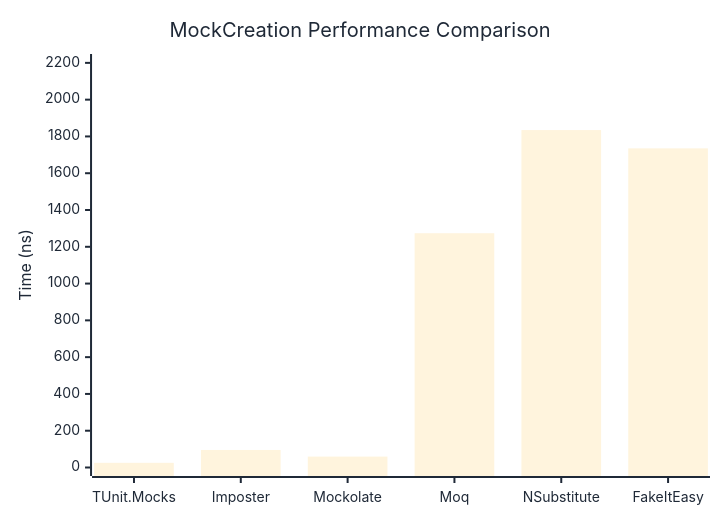
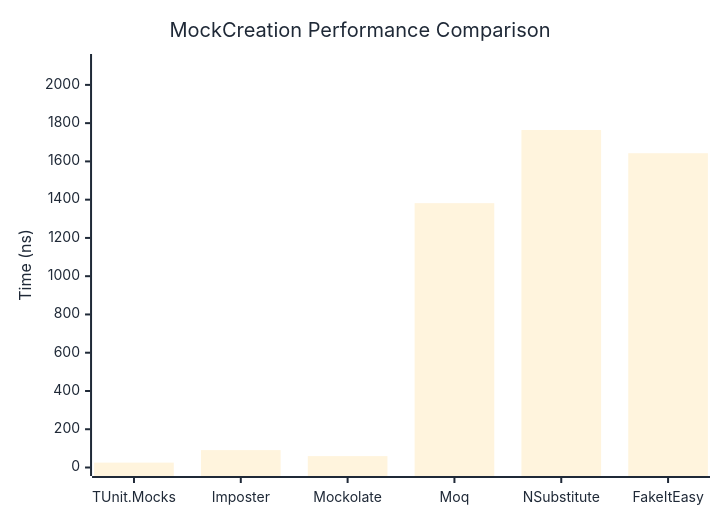
One commit to thomhurst/TUnit changed the first of 2 diagrams in docs/docs/benchmarks/mocks/MockCreation.md. Above: the diagram before and after it, drawn with Mermaid. The commit also changed other lines of this file and 14 other files, not shown here.

````diff
--- a/docs/docs/benchmarks/mocks/MockCreation.md
+++ b/docs/docs/benchmarks/mocks/MockCreation.md
@@ -28,27 +28,27 @@
 ```mermaid
 %%{init: {
   'theme':'base',
   'themeVariables': {
     'primaryColor': '#2563eb',
     'primaryTextColor': '#1f2937',
     'primaryBorderColor': '#1e40af',
     'lineColor': '#6b7280',
     'secondaryColor': '#7c3aed',
     'tertiaryColor': '#dc2626',
     'background': '#ffffff',
     'pie1': '#2563eb',
     'pie2': '#7c3aed',
     'pie3': '#dc2626',
     'pie4': '#f59e0b',
     'pie5': '#10b981',
     'pie6': '#06b6d4',
     'pie7': '#ec4899',
     'pie8': '#6366f1'
   }
 }}%%
 xychart-beta
   title "MockCreation Performance Comparison"
   x-axis ["TUnit.Mocks", "Imposter", "Mockolate", "Moq", "NSubstitute", "FakeItEasy"]
-  y-axis "Time (ns)" 0 --> 2202
-  bar [25.37, 95.39, 59.29, 1273.75, 1834.64, 1735.21]
+  y-axis "Time (ns)" 0 --> 2117
+  bar [25.56, 90.86, 59.49, 1381.77, 1764.02, 1642.84]
 ```
````
